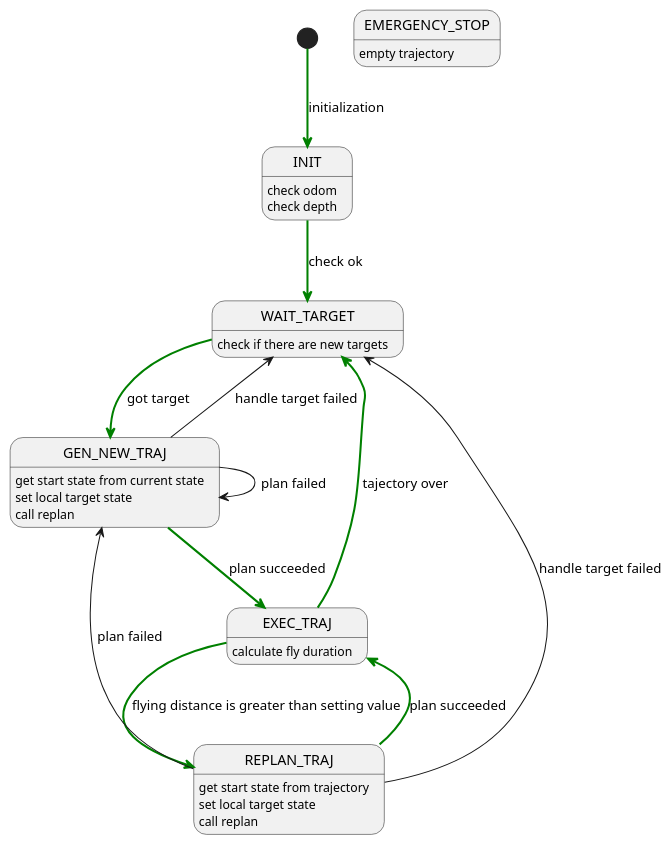
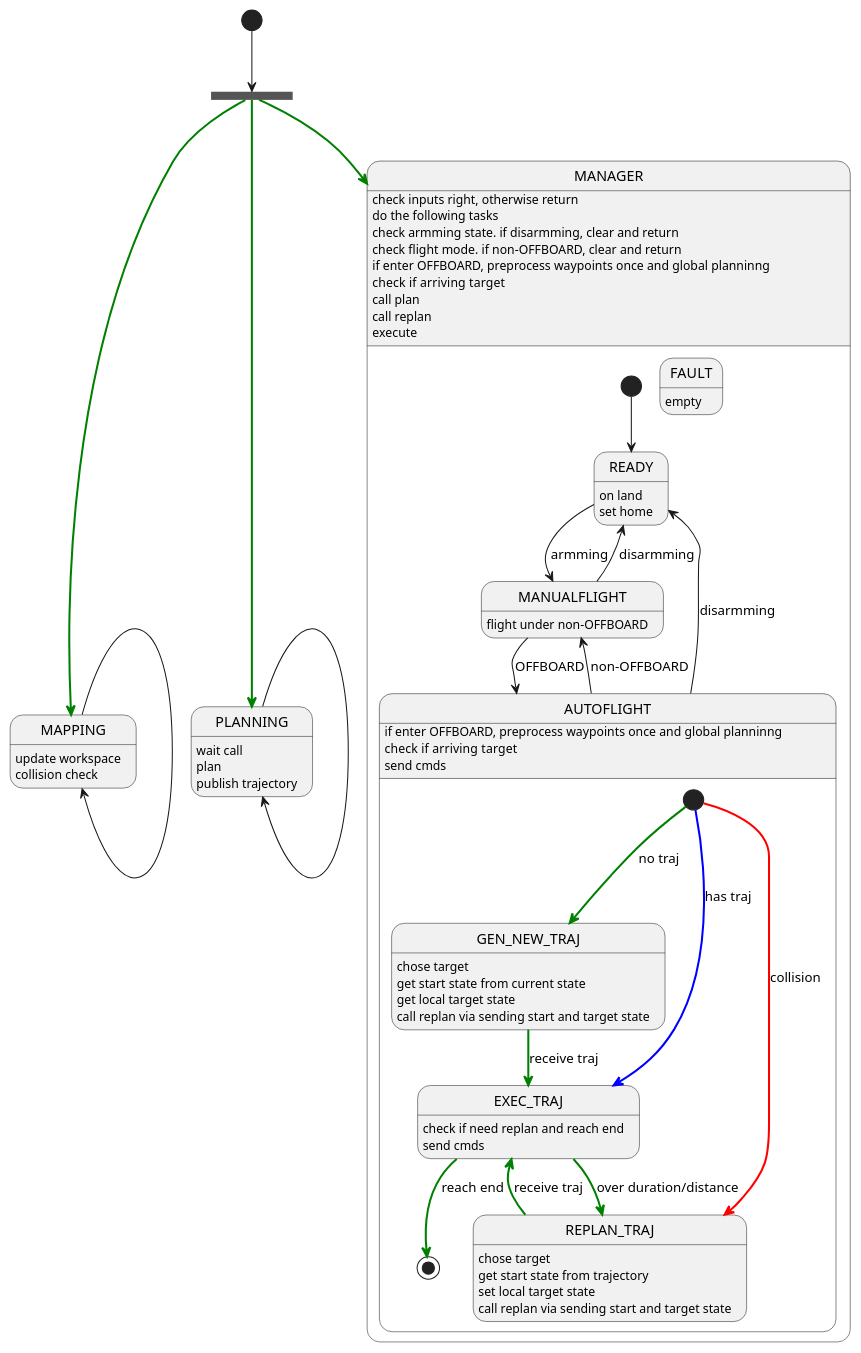
The diagram in state.puml (SEU-Drones/yfoa), drawn with PlantUML before and after one commit. The commit also changed 5 other files, not shown here.

```diff
--- a/state.puml
+++ b/state.puml
@@ -1,37 +1,96 @@
 @startuml
 hide empty description
-[*] -[#green,bold]-> INIT: initialization
-INIT : check odom
-INIT : check depth
 
-WAIT_TARGET : check if there are new targets
 
-GEN_NEW_TRAJ: get start state from current state
-GEN_NEW_TRAJ: set local target state
-GEN_NEW_TRAJ: call replan
+state MAPPING: update workspace
+MAPPING: collision check
+MAPPING-->MAPPING
 
-EXEC_TRAJ: calculate fly duration
+state PLANNING: wait call
+PLANNING: plan
+PLANNING: publish trajectory
+PLANNING-->PLANNING
 
-REPLAN_TRAJ: get start state from trajectory
-REPLAN_TRAJ: set local target state
-REPLAN_TRAJ: call replan
 
-INIT-[#green,bold]->WAIT_TARGET: check ok
+state MANAGER: check inputs right, otherwise return
+state MANAGER: do the following tasks
+state MANAGER: check armming state. if disarmming, clear and return
+state MANAGER: check flight mode. if non-OFFBOARD, clear and return
+state MANAGER: if enter OFFBOARD, preprocess waypoints once and global planninng
+state MANAGER: check if arriving  target
+state MANAGER: call plan
+state MANAGER: call replan
+state MANAGER: execute
 
-WAIT_TARGET-[#green,bold]->GEN_NEW_TRAJ: got target
+state MANAGER{
 
-GEN_NEW_TRAJ-[#green,bold]->EXEC_TRAJ: plan succeeded
-GEN_NEW_TRAJ-->GEN_NEW_TRAJ: plan failed
-GEN_NEW_TRAJ-->WAIT_TARGET: handle target failed
+    state READY: on land
+    READY: set home
 
-EXEC_TRAJ-[#green,bold]->WAIT_TARGET:tajectory over
-EXEC_TRAJ-[#green,bold]->REPLAN_TRAJ:flying distance is greater than setting value
+    state MANUALFLIGHT: flight under non-OFFBOARD
+    ' MANUALFLIGHT: if enter OFFBOARD, preprocess waypoints
 
-REPLAN_TRAJ-[#green,bold]->EXEC_TRAJ: plan succeeded
-REPLAN_TRAJ-->GEN_NEW_TRAJ: plan failed
-REPLAN_TRAJ-->WAIT_TARGET: handle target failed
+    state AUTOFLIGHT: if enter OFFBOARD, preprocess waypoints once and global planninng
+    AUTOFLIGHT: check if arriving  target
+    AUTOFLIGHT: send cmds
+    state AUTOFLIGHT{
+        state GEN_NEW_TRAJ: chose target
+        GEN_NEW_TRAJ: get start state from current state
+        GEN_NEW_TRAJ: get local target state
+        GEN_NEW_TRAJ: call replan via sending start and target state
 
-EMERGENCY_STOP: empty trajectory
+        state EXEC_TRAJ: check if need replan and reach end
+        EXEC_TRAJ: send cmds
 
-' (First usecase)-->EMERGENCY_STOP
+        state REPLAN_TRAJ: chose target
+        REPLAN_TRAJ: get start state from trajectory
+        REPLAN_TRAJ: set local target state
+        REPLAN_TRAJ: call replan via sending start and target state
+
+        [*]-[#green,bold]-->GEN_NEW_TRAJ: no traj
+        [*]-[#blue,bold]-->EXEC_TRAJ: has traj
+        [*]-[#red,bold]-->REPLAN_TRAJ: collision
+        ' [*]-[#red,bold]-->[*]: arrived
+
+
+
+        GEN_NEW_TRAJ-[#green,bold]->EXEC_TRAJ: receive traj
+        ' GEN_NEW_TRAJ-->GEN_NEW_TRAJ: plan failed
+        ' GEN_NEW_TRAJ-->WAIT_TARGET: handle target failed
+
+        ' EXEC_TRAJ-[#green,bold]->WAIT_TARGET:tajectory over
+        EXEC_TRAJ-[#green,bold]->REPLAN_TRAJ: over duration/distance
+
+        REPLAN_TRAJ-[#green,bold]->EXEC_TRAJ: receive traj
+        ' REPLAN_TRAJ-->GEN_NEW_TRAJ: plan failed
+        ' REPLAN_TRAJ-->WAIT_TARGET: handle target failed
+
+        EXEC_TRAJ-[#green,bold]->[*]: reach end
+
+    }
+
+
+    state FAULT: empty
+
+    ' [*] -[#green,bold]-> IDLE: initialization
+    [*]-->READY
+    READY --> MANUALFLIGHT: armming
+    MANUALFLIGHT-->READY: disarmming
+    ' MANUALFLIGHT --> MANUALFLIGHT
+    MANUALFLIGHT --> AUTOFLIGHT: OFFBOARD
+    AUTOFLIGHT --> MANUALFLIGHT: non-OFFBOARD
+    AUTOFLIGHT --> READY: disarmming
+
+}
+
+state fork_state <<fork>>
+[*]-->fork_state
+fork_state-[#green,bold]->MANAGER
+fork_state-[#green,bold]->MAPPING
+fork_state-[#green,bold]->PLANNING
+
+
+
+
+
 @enduml
```
